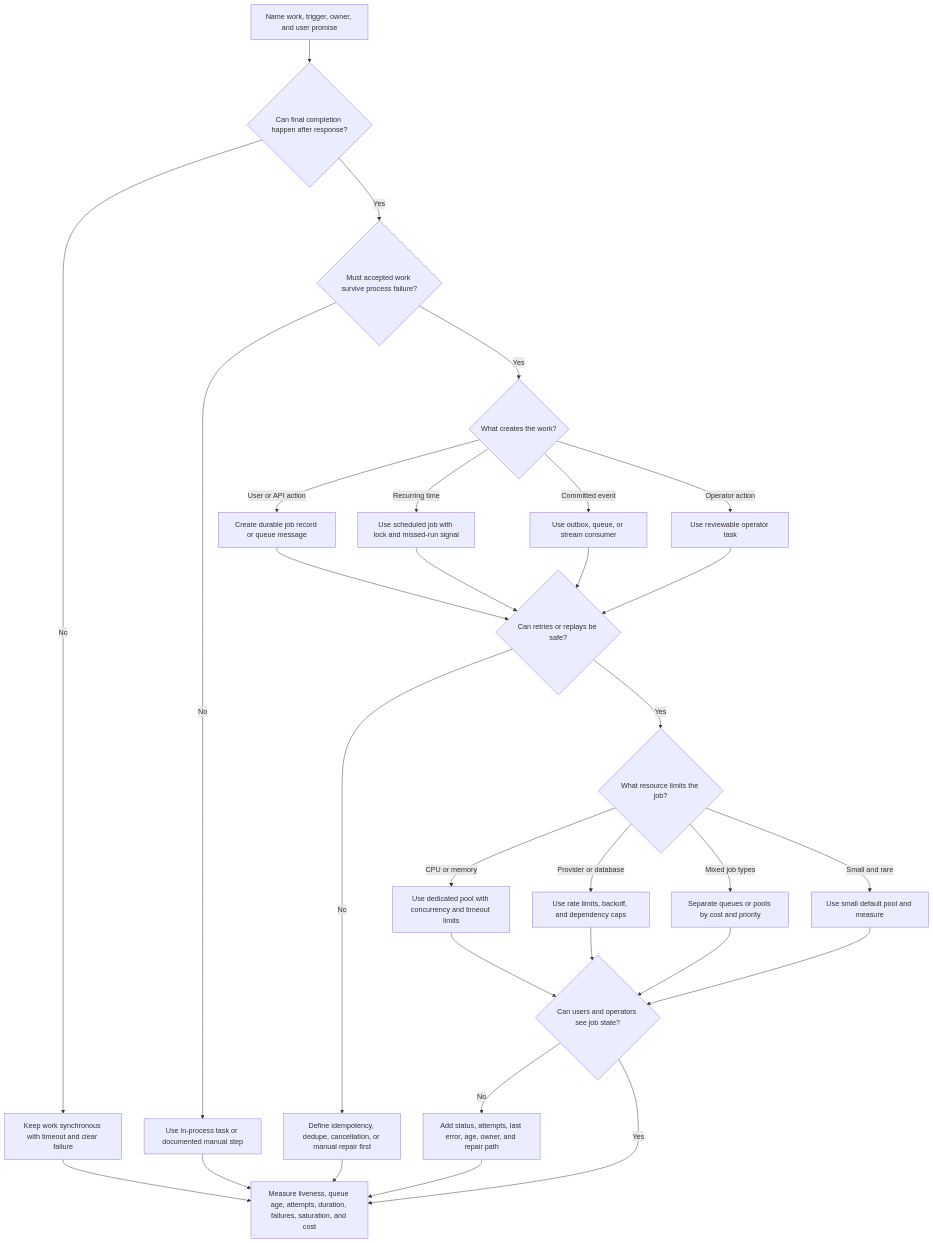
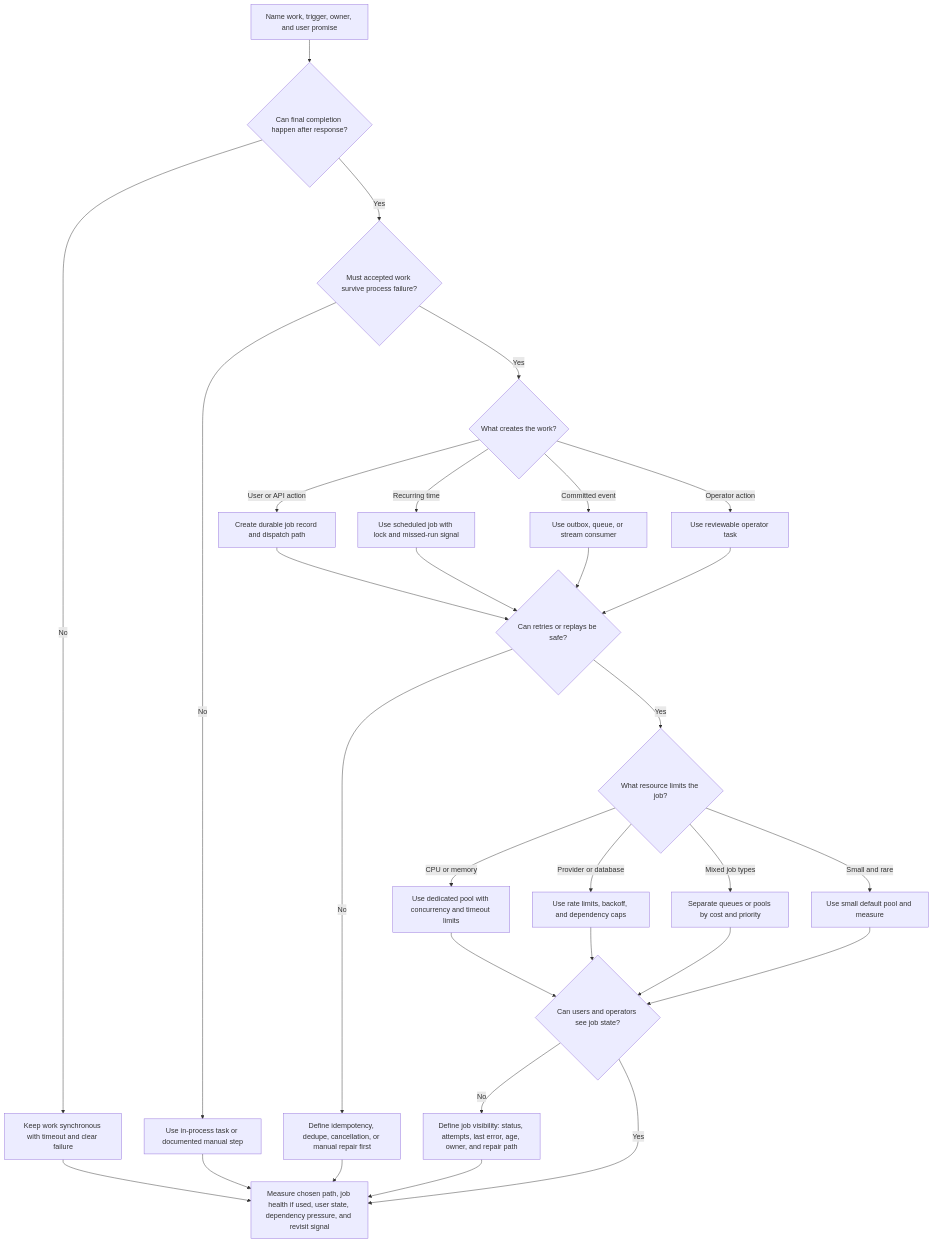
Before and after one commit to LeonSilva15/system-design: the first of 2 diagrams in docs/components/background-workers.md, drawn with Mermaid. The commit also changed other lines of this file, not shown here.

Commit message:
docs(components): SDC-E04-T11 address worker review

````diff
--- a/docs/components/background-workers.md
+++ b/docs/components/background-workers.md
@@ -81,41 +81,41 @@
 ```mermaid
 flowchart TD
     Start[Name work, trigger, owner, and user promise] --> Delay{Can final completion happen after response?}
 
     Delay -->|No| Sync[Keep work synchronous with timeout and clear failure]
     Delay -->|Yes| Durable{Must accepted work survive process failure?}
 
     Durable -->|No| SimpleTask[Use in-process task or documented manual step]
     Durable -->|Yes| Trigger{What creates the work?}
 
-    Trigger -->|User or API action| JobTable[Create durable job record or queue message]
+    Trigger -->|User or API action| JobTable[Create durable job record and dispatch path]
     Trigger -->|Recurring time| Schedule[Use scheduled job with lock and missed-run signal]
     Trigger -->|Committed event| EventWorker[Use outbox, queue, or stream consumer]
     Trigger -->|Operator action| Manual[Use reviewable operator task]
 
     JobTable --> Retryable
     Schedule --> Retryable
     EventWorker --> Retryable
     Manual --> Retryable{Can retries or replays be safe?}
 
     Retryable -->|No| Repair[Define idempotency, dedupe, cancellation, or manual repair first]
     Retryable -->|Yes| Workload{What resource limits the job?}
 
     Workload -->|CPU or memory| CpuPool[Use dedicated pool with concurrency and timeout limits]
     Workload -->|Provider or database| DependencyPool[Use rate limits, backoff, and dependency caps]
     Workload -->|Mixed job types| SeparatePools[Separate queues or pools by cost and priority]
     Workload -->|Small and rare| StandardPool[Use small default pool and measure]
 
     CpuPool --> Visible
     DependencyPool --> Visible
     SeparatePools --> Visible
     StandardPool --> Visible{Can users and operators see job state?}
 
-    Visible -->|No| AddVisibility[Add status, attempts, last error, age, owner, and repair path]
-    Visible -->|Yes| Operate[Measure liveness, queue age, attempts, duration, failures, saturation, and cost]
+    Visible -->|No| AddVisibility[Define job visibility: status, attempts, last error, age, owner, and repair path]
+    Visible -->|Yes| Operate[Measure chosen path, job health if used, user state, dependency pressure, and revisit signal]
 
     AddVisibility --> Operate
     Repair --> Operate
     Sync --> Operate
     SimpleTask --> Operate
 ```
````
